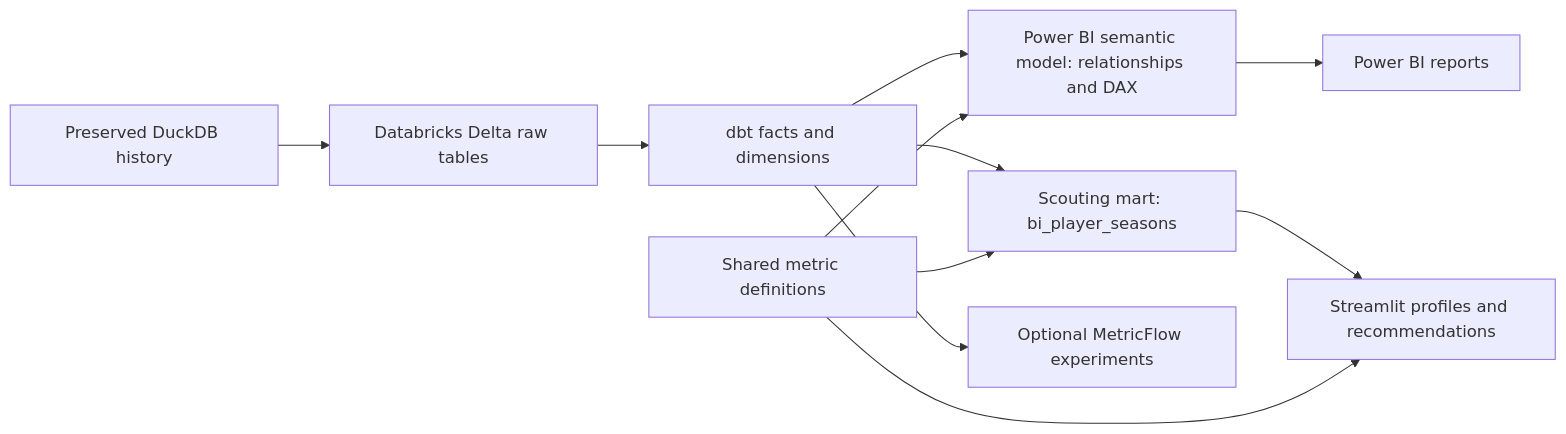
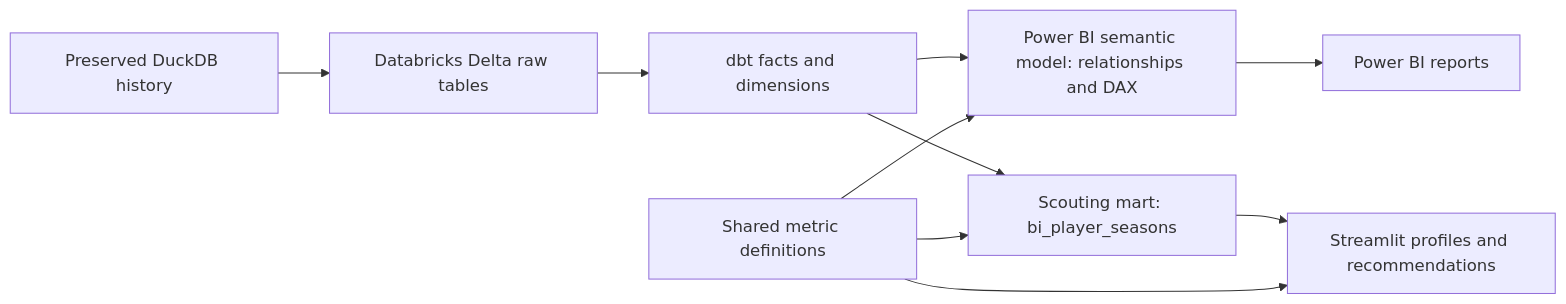
The diagram in README.md (hquantran/soccer-analytics), drawn with Mermaid before and after one commit. The commit also changed other lines of this file and 10 other files, not shown here.

Commit message:
Simplify analytics architecture by removing unused MetricFlow path

````diff
--- a/README.md
+++ b/README.md
@@ -16,13 +17,12 @@
 ```mermaid
 flowchart LR
     History[Preserved DuckDB history] --> Delta[Databricks Delta raw tables]
     Delta --> DBT[dbt facts and dimensions]
     DBT --> PBIModel[Power BI semantic model: relationships and DAX]
     PBIModel --> PBI[Power BI reports]
     DBT --> Mart[Scouting mart: bi_player_seasons]
     Mart --> App[Streamlit profiles and recommendations]
     Contract[Shared metric definitions] --> Mart
     Contract --> PBIModel
     Contract --> App
-    DBT --> MF[Optional MetricFlow experiments]
 ```
````
